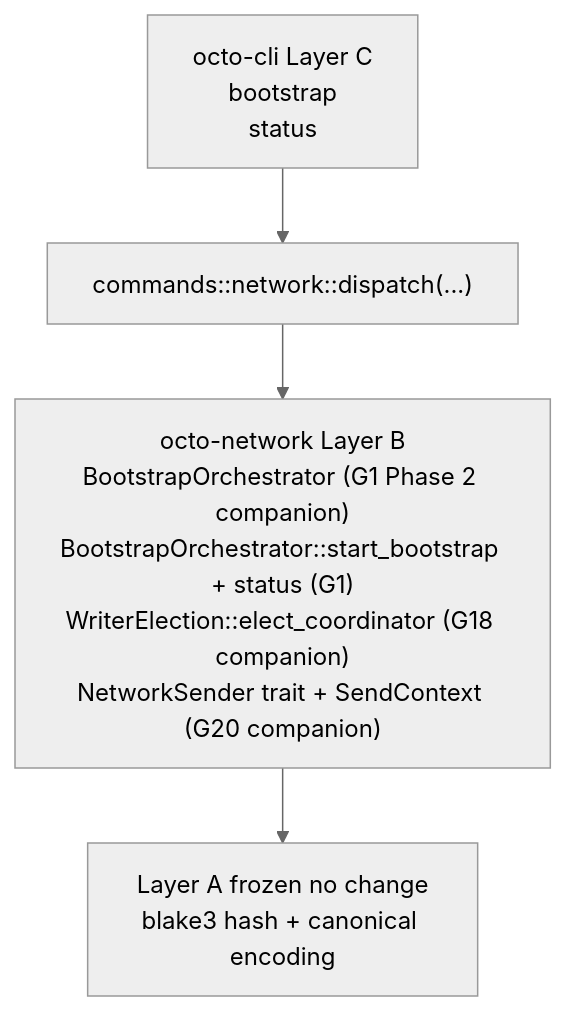
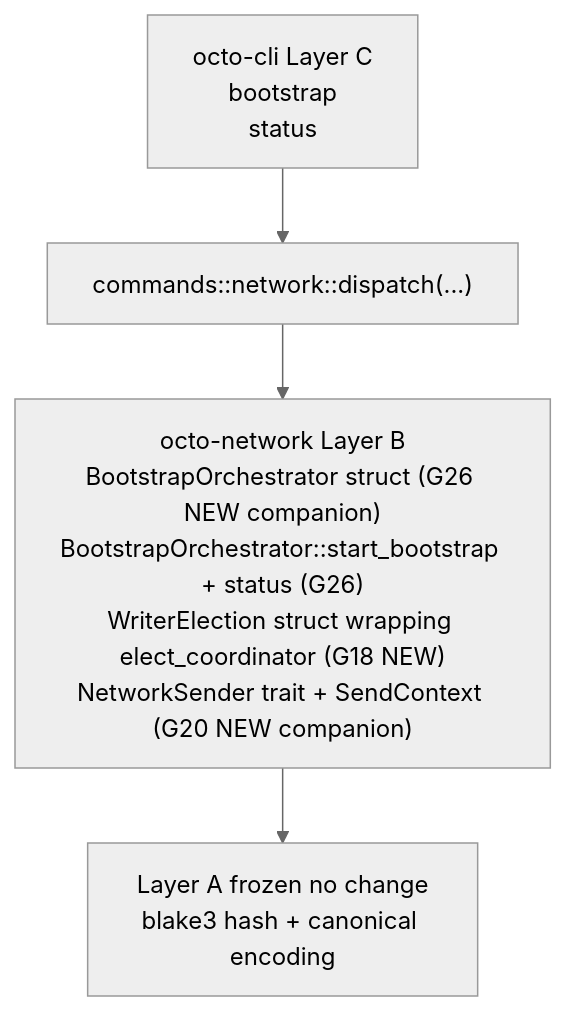
One commit to CipherOcto/cipherocto changed the diagram in rfcs/draft/process/0011-n-oct-cli-network-phase-6.md. Above: the diagram before and after it, drawn with Mermaid (neutral theme). The commit also changed other lines of this file, not shown here.

First line of the commit message:
RFC-0011-n: R1.5 fix sweep — substrate-faithfulness correction

````diff
--- a/rfcs/draft/process/0011-n-oct-cli-network-phase-6.md
+++ b/rfcs/draft/process/0011-n-oct-cli-network-phase-6.md
@@ -87,10 +87,10 @@
 ```mermaid
 graph TD
     CLI["octo-cli Layer C<br/>bootstrap<br/>status"]
     DISPATCH["commands::network::dispatch(...)"]
-    SUBSTRATE["octo-network Layer B<br/>BootstrapOrchestrator (G1 Phase 2 companion)<br/>BootstrapOrchestrator::start_bootstrap + status (G1)<br/>WriterElection::elect_coordinator (G18 companion)<br/>NetworkSender trait + SendContext (G20 companion)"]
+    SUBSTRATE["octo-network Layer B<br/>BootstrapOrchestrator struct (G26 NEW companion)<br/>BootstrapOrchestrator::start_bootstrap + status (G26)<br/>WriterElection struct wrapping elect_coordinator (G18 NEW)<br/>NetworkSender trait + SendContext (G20 NEW companion)"]
     FROZEN["Layer A frozen no change<br/>blake3 hash + canonical encoding"]
     CLI --> DISPATCH
     DISPATCH --> SUBSTRATE
     SUBSTRATE --> FROZEN
 ```
````
